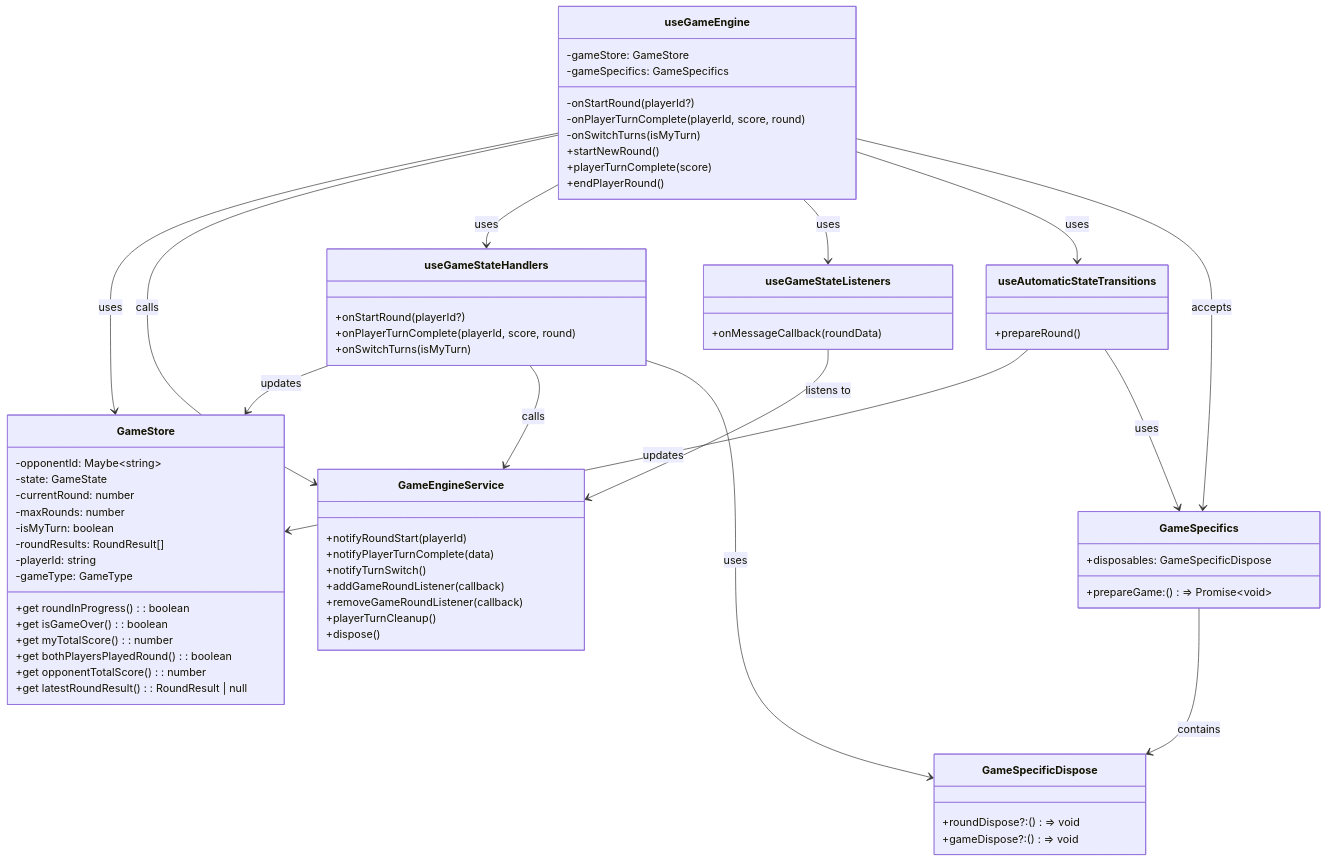
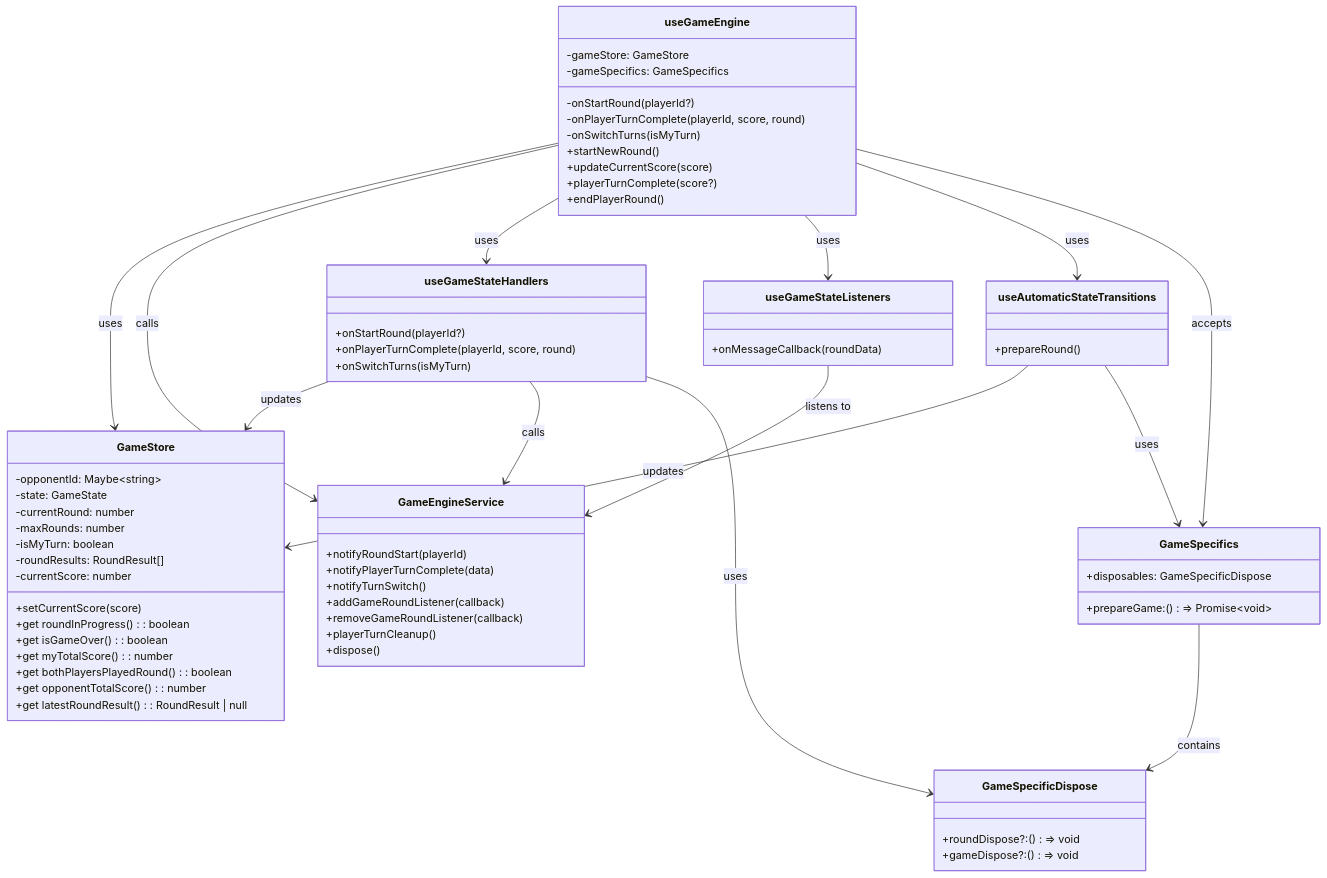
The first of 3 diagrams in apps/web/src/features/game/game-engine/docs/README.md (christopherbengtsson/vchat-p2p-mono), drawn with Mermaid before and after one commit. The commit also changed other lines of this file and 76 other files, not shown here.

````diff
--- a/apps/web/src/features/game/game-engine/docs/README.md
+++ b/apps/web/src/features/game/game-engine/docs/README.md
@@ -42,80 +42,81 @@
 ```mermaid
 classDiagram
     class GameStore {
         -opponentId: Maybe~string~
         -state: GameState
         -currentRound: number
         -maxRounds: number
         -isMyTurn: boolean
         -roundResults: RoundResult[]
-        -playerId: string
-        -gameType: GameType
+        -currentScore: number
+        +setCurrentScore(score)
         +get roundInProgress(): boolean
         +get isGameOver(): boolean
         +get myTotalScore(): number
         +get bothPlayersPlayedRound(): boolean
         +get opponentTotalScore(): number
         +get latestRoundResult(): RoundResult | null
     }
 
     class GameEngineService {
         +notifyRoundStart(playerId)
         +notifyPlayerTurnComplete(data)
         +notifyTurnSwitch()
         +addGameRoundListener(callback)
         +removeGameRoundListener(callback)
         +playerTurnCleanup()
         +dispose()
     }
 
     class useGameEngine {
         -gameStore: GameStore
         -gameSpecifics: GameSpecifics
         -onStartRound(playerId?)
         -onPlayerTurnComplete(playerId, score, round)
         -onSwitchTurns(isMyTurn)
         +startNewRound()
-        +playerTurnComplete(score)
+        +updateCurrentScore(score)
+        +playerTurnComplete(score?)
         +endPlayerRound()
     }
 
     class GameSpecifics {
         +prepareGame: () => Promise~void~
         +disposables: GameSpecificDispose
     }
 
     class GameSpecificDispose {
         +roundDispose?: () => void
         +gameDispose?: () => void
     }
 
     class useGameStateHandlers {
         +onStartRound(playerId?)
         +onPlayerTurnComplete(playerId, score, round)
         +onSwitchTurns(isMyTurn)
     }
 
     class useGameStateListeners {
         +onMessageCallback(roundData)
     }
 
     class useAutomaticStateTransitions {
         +prepareRound()
     }
 
     useGameEngine --> GameStore : uses
     useGameEngine --> GameEngineService : calls
     useGameEngine --> useGameStateHandlers : uses
     useGameEngine --> useGameStateListeners : uses
     useGameEngine --> useAutomaticStateTransitions : uses
     useGameEngine --> GameSpecifics : accepts
     GameSpecifics --> GameSpecificDispose : contains
 
     useGameStateHandlers --> GameStore : updates
     useGameStateHandlers --> GameEngineService : calls
     useGameStateHandlers --> GameSpecificDispose : uses
 
     useGameStateListeners --> GameEngineService : listens to
     useAutomaticStateTransitions --> GameStore : updates
     useAutomaticStateTransitions --> GameSpecifics : uses
 ```
````
